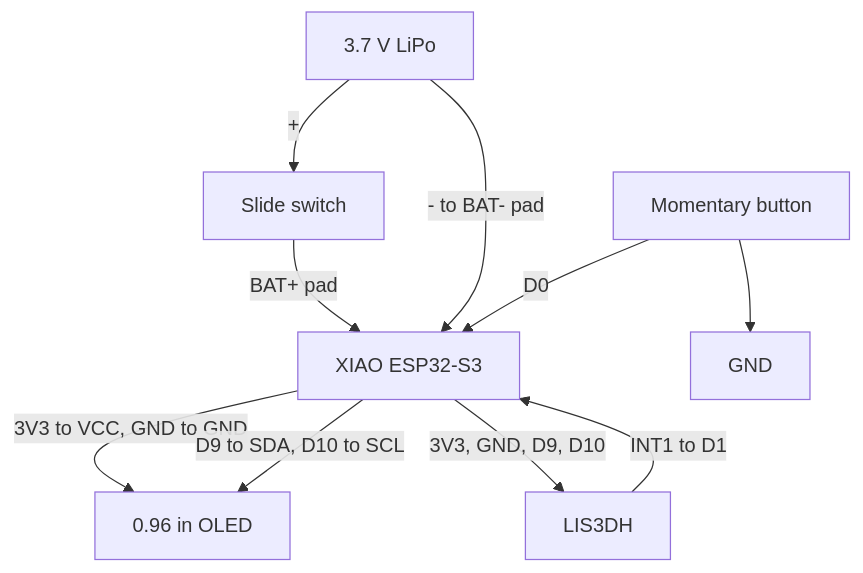
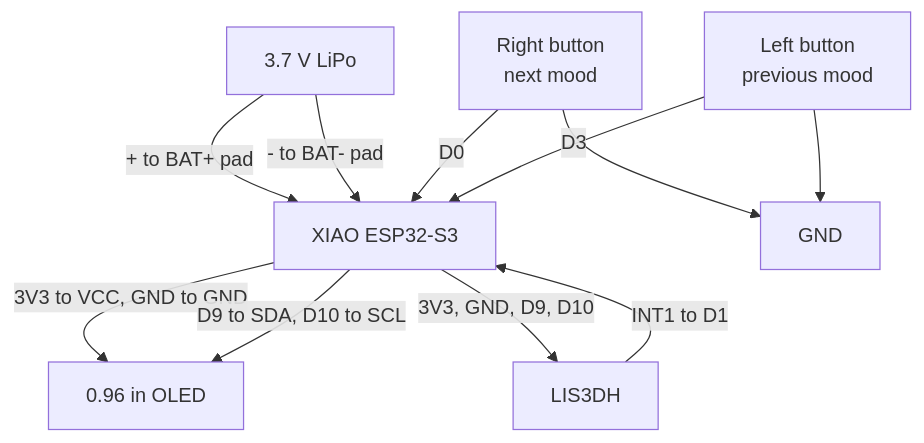
The third of 5 diagrams in README.md (hronkrobotics/solareyes), drawn with Mermaid before and after one commit. The commit also changed other lines of this file and 11 other files, not shown here.

First line of the commit message:
Case rev 2, two mood buttons, and shake to wake with no power switch

````diff
--- a/README.md
+++ b/README.md
@@ -128,20 +117,21 @@
 ```mermaid
 flowchart TD
     CELL["3.7 V LiPo"]
-    SW["Slide switch"]
     MCU["XIAO ESP32-S3"]
     OLED["0.96 in OLED"]
     ACC["LIS3DH"]
-    BTN["Momentary button"]
+    NEXT["Right button<br/>next mood"]
+    PREV["Left button<br/>previous mood"]
     GND["GND"]
 
-    CELL -->|"+"| SW
-    SW -->|"BAT+ pad"| MCU
+    CELL -->|"+ to BAT+ pad"| MCU
     CELL -->|"- to BAT- pad"| MCU
     MCU -->|"3V3 to VCC, GND to GND"| OLED
     MCU -->|"D9 to SDA, D10 to SCL"| OLED
     MCU -->|"3V3, GND, D9, D10"| ACC
     ACC -->|"INT1 to D1"| MCU
-    BTN -->|"D0"| MCU
-    BTN --> GND
+    NEXT -->|"D0"| MCU
+    PREV -->|"D3"| MCU
+    NEXT --> GND
+    PREV --> GND
 ```
````
